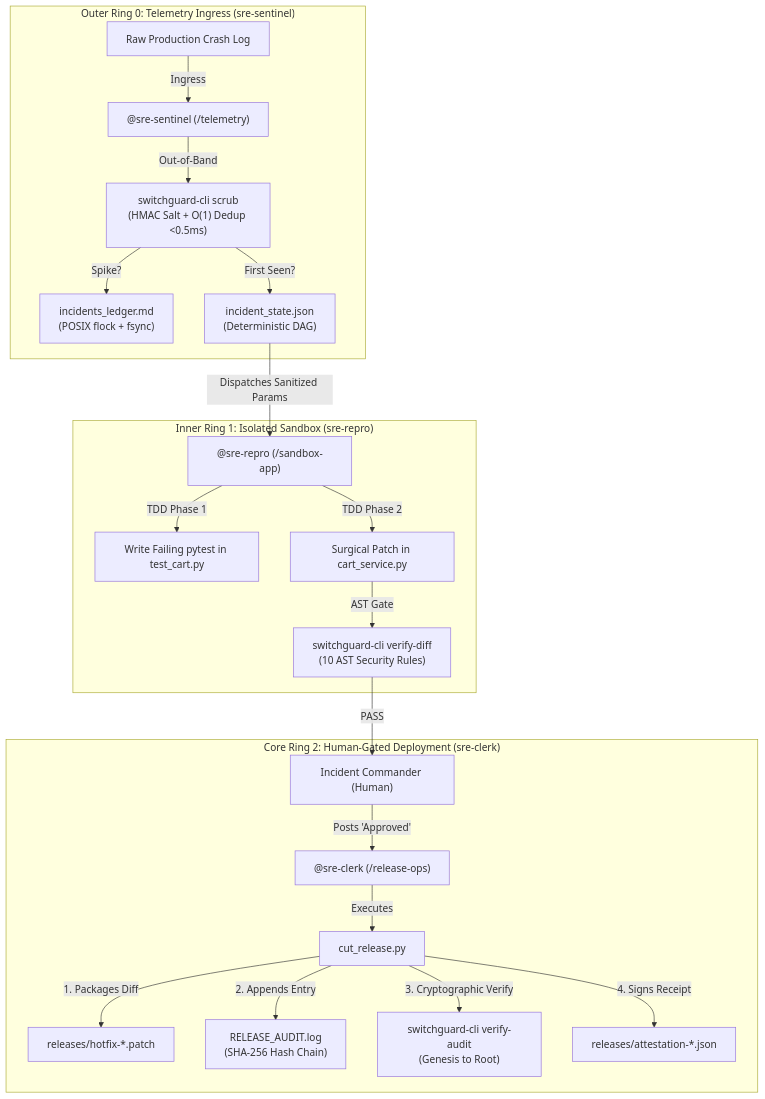
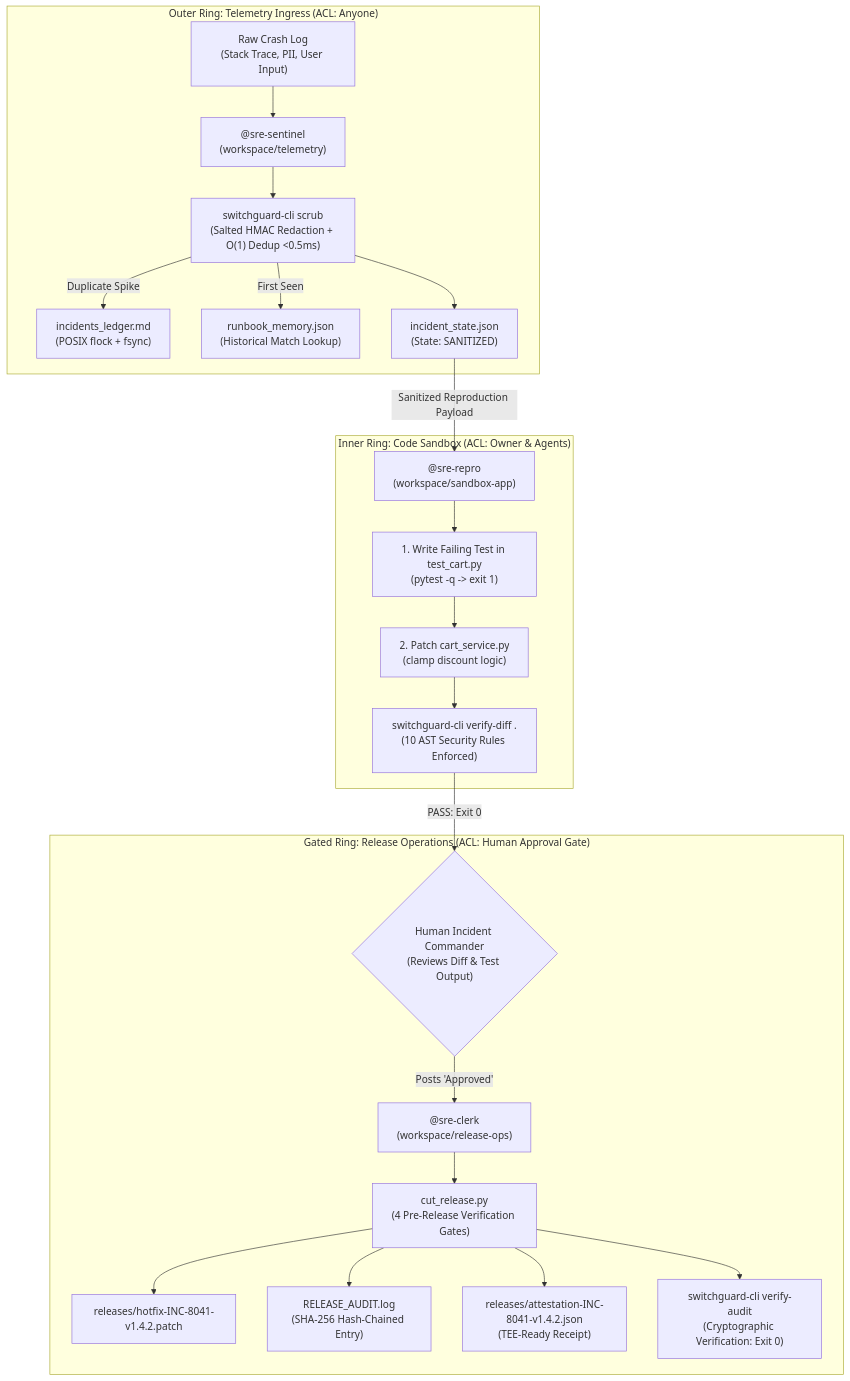
Before and after one commit to Anshulkaocde123/switchguard-sre: the first of 4 diagrams in README.md, drawn with Mermaid. The commit also changed other lines of this file and 9 other files, not shown here.

````diff
--- a/README.md
+++ b/README.md
@@ -57,26 +94,27 @@
 ```mermaid
-flowchart TD
-    subgraph Ring0["Outer Ring 0: Telemetry Ingress (sre-sentinel)"]
-        RawLog["Raw Production Crash Log"] -->|Ingress| Sentinel["@sre-sentinel (/telemetry)"]
-        Sentinel -->|Out-of-Band| RustScrub["switchguard-cli scrub\n(HMAC Salt + O(1) Dedup <0.5ms)"]
-        RustScrub -->|Spike?| LedgerMD["incidents_ledger.md\n(POSIX flock + fsync)"]
-        RustScrub -->|First Seen?| StateMachine["incident_state.json\n(Deterministic DAG)"]
+flowchart TB
+    subgraph IngressLayer["Outer Ring: Telemetry Ingress (ACL: Anyone)"]
+        RawLog["Raw Crash Log\n(Stack Trace, PII, User Input)"] --> Sentinel["@sre-sentinel\n(workspace/telemetry)"]
+        Sentinel --> RustScrub["switchguard-cli scrub\n(Salted HMAC Redaction + O(1) Dedup <0.5ms)"]
+        RustScrub -->|Duplicate Spike| LedgerMD["incidents_ledger.md\n(POSIX flock + fsync)"]
+        RustScrub -->|First Seen| Runbook["runbook_memory.json\n(Historical Match Lookup)"]
+        RustScrub --> StateFSM["incident_state.json\n(State: SANITIZED)"]
     end
 
-    subgraph Ring1["Inner Ring 1: Isolated Sandbox (sre-repro)"]
-        StateMachine -->|Dispatches Sanitized Params| Repro["@sre-repro (/sandbox-app)"]
-        Repro -->|TDD Phase 1| WriteTest["Write Failing pytest in test_cart.py"]
-        Repro -->|TDD Phase 2| PatchCode["Surgical Patch in cart_service.py"]
-        PatchCode -->|AST Gate| RustVerify["switchguard-cli verify-diff\n(10 AST Security Rules)"]
+    subgraph SandboxLayer["Inner Ring: Code Sandbox (ACL: Owner & Agents)"]
+        StateFSM -->|Sanitized Reproduction Payload| Repro["@sre-repro\n(workspace/sandbox-app)"]
+        Repro --> TDDPhase1["1. Write Failing Test in test_cart.py\n(pytest -q -> exit 1)"]
+        TDDPhase1 --> TDDPhase2["2. Patch cart_service.py\n(clamp discount logic)"]
+        TDDPhase2 --> RustVerify["switchguard-cli verify-diff .\n(10 AST Security Rules Enforced)"]
     end
 
-    subgraph Ring2["Core Ring 2: Human-Gated Deployment (sre-clerk)"]
-        RustVerify -->|PASS| Commander["Incident Commander (Human)"]
-        Commander -->|Posts 'Approved'| Clerk["@sre-clerk (/release-ops)"]
-        Clerk -->|Executes| CutRelease["cut_release.py"]
-        CutRelease -->|1. Packages Diff| PatchFile["releases/hotfix-*.patch"]
-        CutRelease -->|2. Appends Entry| AuditLog["RELEASE_AUDIT.log\n(SHA-256 Hash Chain)"]
-        CutRelease -->|3. Cryptographic Verify| RustAudit["switchguard-cli verify-audit\n(Genesis to Root)"]
-        CutRelease -->|4. Signs Receipt| Attestation["releases/attestation-*.json"]
+    subgraph ReleaseLayer["Gated Ring: Release Operations (ACL: Human Approval Gate)"]
+        RustVerify -->|PASS: Exit 0| Commander{"Human Incident Commander\n(Reviews Diff & Test Output)"}
+        Commander -->|Posts 'Approved'| Clerk["@sre-clerk\n(workspace/release-ops)"]
+        Clerk --> CutRelease["cut_release.py\n(4 Pre-Release Verification Gates)"]
+        CutRelease --> PatchArtifact["releases/hotfix-INC-8041-v1.4.2.patch"]
+        CutRelease --> AuditLog["RELEASE_AUDIT.log\n(SHA-256 Hash-Chained Entry)"]
+        CutRelease --> Attestation["releases/attestation-INC-8041-v1.4.2.json\n(TEE-Ready Receipt)"]
+        CutRelease --> RustAudit["switchguard-cli verify-audit\n(Cryptographic Verification: Exit 0)"]
     end
 ```
````
